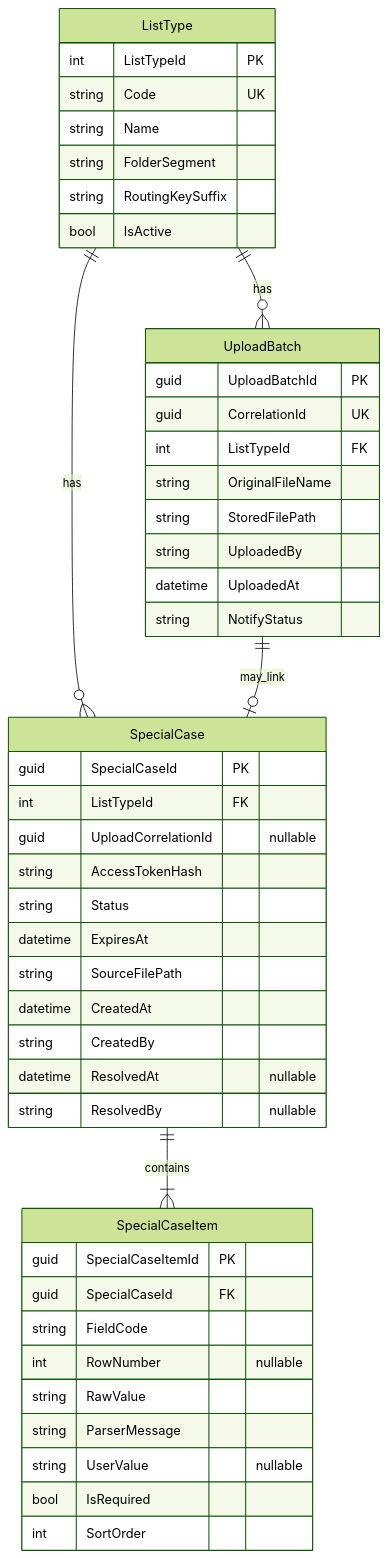
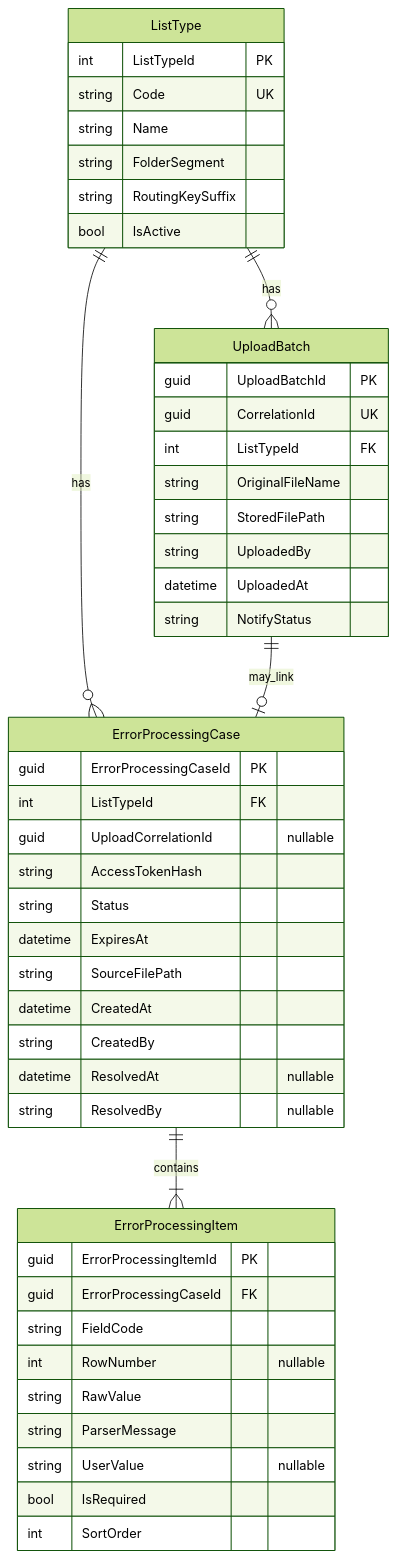
The diagram in docs/db/02-er.md (KazhadeyD/VTBL.Restrict), drawn with Mermaid (forest theme) before and after one commit. The commit also changed other lines of this file and 124 other files, not shown here.

````diff
--- a/docs/db/02-er.md
+++ b/docs/db/02-er.md
@@ -8,53 +8,53 @@
 ```mermaid
 erDiagram
   ListType ||--o{ UploadBatch : "has"
-  ListType ||--o{ SpecialCase : "has"
-  UploadBatch ||--o| SpecialCase : "may_link"
-  SpecialCase ||--|{ SpecialCaseItem : "contains"
+  ListType ||--o{ ErrorProcessingCase : "has"
+  UploadBatch ||--o| ErrorProcessingCase : "may_link"
+  ErrorProcessingCase ||--|{ ErrorProcessingItem : "contains"
 
   ListType {
     int ListTypeId PK
     string Code UK
     string Name
     string FolderSegment
     string RoutingKeySuffix
     bool IsActive
   }
 
   UploadBatch {
     guid UploadBatchId PK
     guid CorrelationId UK
     int ListTypeId FK
     string OriginalFileName
     string StoredFilePath
     string UploadedBy
     datetime UploadedAt
     string NotifyStatus
   }
 
-  SpecialCase {
-    guid SpecialCaseId PK
+  ErrorProcessingCase {
+    guid ErrorProcessingCaseId PK
     int ListTypeId FK
     guid UploadCorrelationId "nullable"
     string AccessTokenHash
     string Status
     datetime ExpiresAt
     string SourceFilePath
     datetime CreatedAt
     string CreatedBy
     datetime ResolvedAt "nullable"
     string ResolvedBy "nullable"
   }
 
-  SpecialCaseItem {
-    guid SpecialCaseItemId PK
-    guid SpecialCaseId FK
+  ErrorProcessingItem {
+    guid ErrorProcessingItemId PK
+    guid ErrorProcessingCaseId FK
     string FieldCode
     int RowNumber "nullable"
     string RawValue
     string ParserMessage
     string UserValue "nullable"
     bool IsRequired
     int SortOrder
   }
 ```
````
